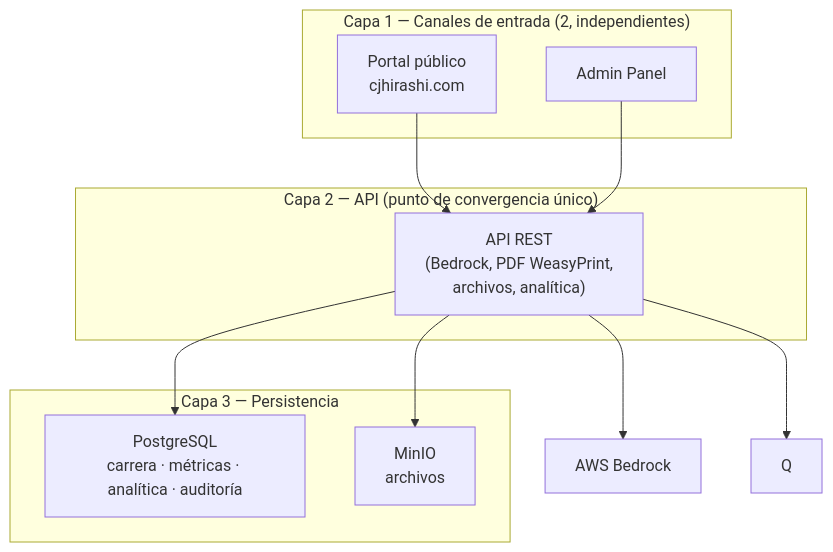
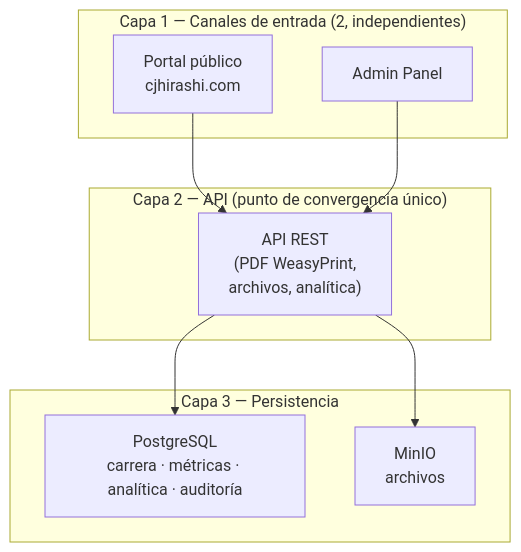
Before and after one commit to cjhirashi/cjhirashi-career: the diagram in docs/04-SOLUTION-STRATEGY.md, drawn with Mermaid. The commit also changed other lines of this file and 82 other files, not shown here.

````diff
--- a/docs/04-SOLUTION-STRATEGY.md
+++ b/docs/04-SOLUTION-STRATEGY.md
@@ -67,25 +57,21 @@
 ```mermaid
 graph TB
     subgraph Capa1["Capa 1 — Canales de entrada (2, independientes)"]
         Portal["Portal público<br/>cjhirashi.com"]
         Admin["Admin Panel"]
     end
 
     subgraph Capa2["Capa 2 — API (punto de convergencia único)"]
-        API["API REST<br/>(Bedrock, PDF WeasyPrint,<br/>archivos, analítica)"]
+        API["API REST<br/>(PDF WeasyPrint,<br/>archivos, analítica)"]
     end
 
     subgraph Capa3["Capa 3 — Persistencia"]
         DB["PostgreSQL<br/>carrera · métricas · analítica · auditoría"]
         S3["MinIO<br/>archivos"]
     end
 
-    AWS["AWS Bedrock"]
-
     Portal --> API
     Admin --> API
     API --> DB
     API --> S3
-    API --> Q
-    API --> AWS
 ```
````
